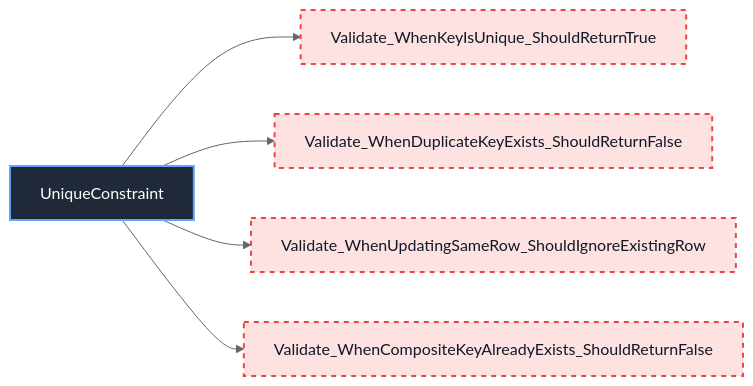
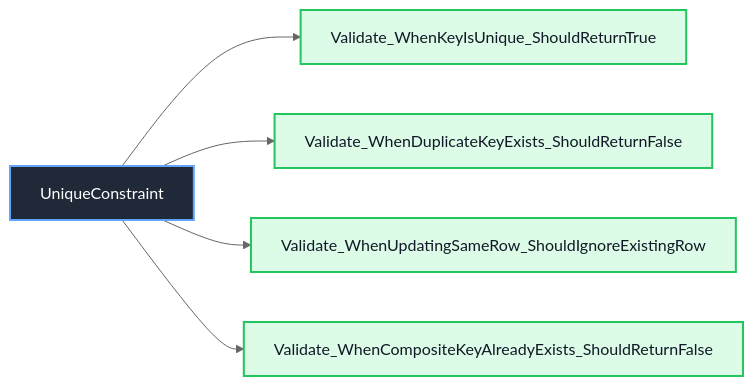
One commit to manaxpow/DBMS changed the seventh of 30 diagrams in docs/unit-test/README.md. Above: the diagram before and after it, drawn with Mermaid (neutral theme). The commit also changed other lines of this file and 13 other files, not shown here.

````diff
--- a/docs/unit-test/README.md
+++ b/docs/unit-test/README.md
@@ -170,16 +170,16 @@
 ```mermaid
 flowchart LR
     Class_UniqueConstraint["UniqueConstraint"]
 
     Class_UniqueConstraint --> UQ_001["Validate_WhenKeyIsUnique_ShouldReturnTrue"]
     Class_UniqueConstraint --> UQ_002["Validate_WhenDuplicateKeyExists_ShouldReturnFalse"]
     Class_UniqueConstraint --> UQ_003["Validate_WhenUpdatingSameRow_ShouldIgnoreExistingRow"]
     Class_UniqueConstraint --> UQ_004["Validate_WhenCompositeKeyAlreadyExists_ShouldReturnFalse"]
 
     classDef classNode fill:#1f2937,stroke:#60a5fa,color:#ffffff,stroke-width:2px
     classDef completedTest fill:#dcfce7,stroke:#22c55e,color:#111827,stroke-width:2px
     classDef missingTest fill:#fee2e2,stroke:#ef4444,color:#111827,stroke-width:2px,stroke-dasharray: 5 5
 
     class Class_UniqueConstraint classNode
-    class UQ_001,UQ_002,UQ_003,UQ_004 missingTest
+    class UQ_001,UQ_002,UQ_003,UQ_004 completedTest
 ```
````
